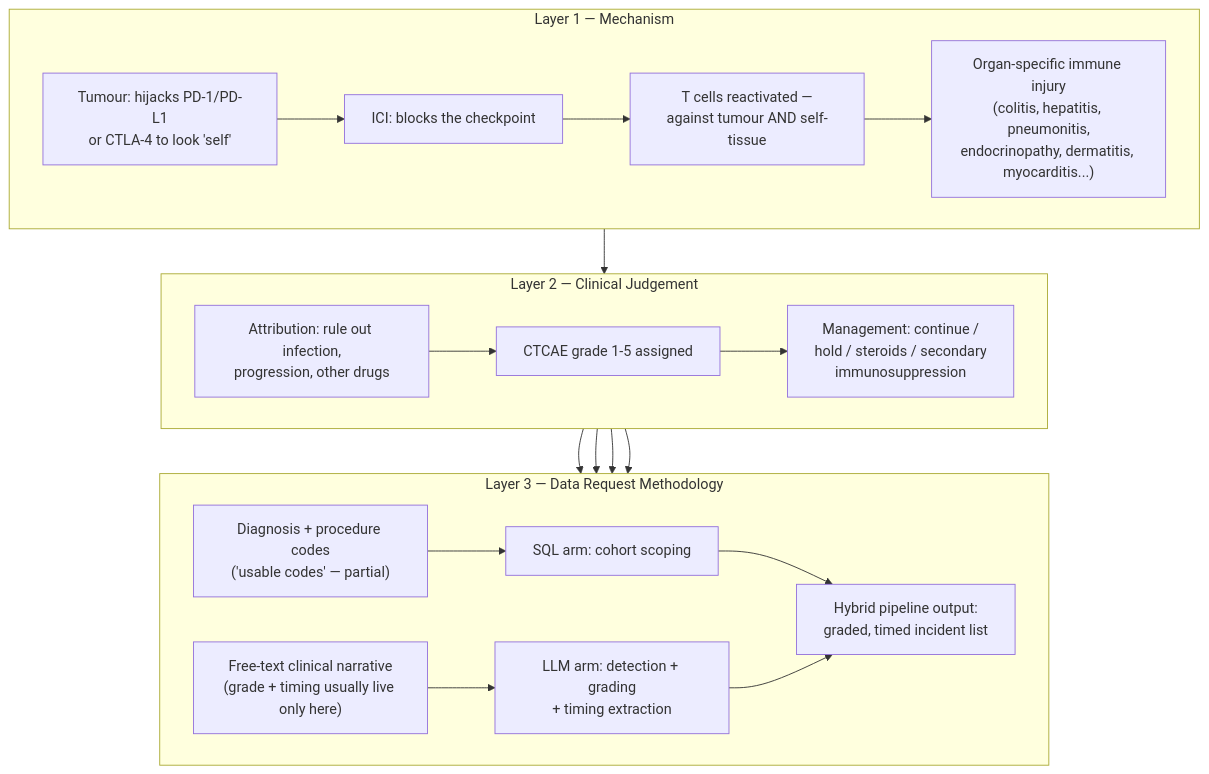
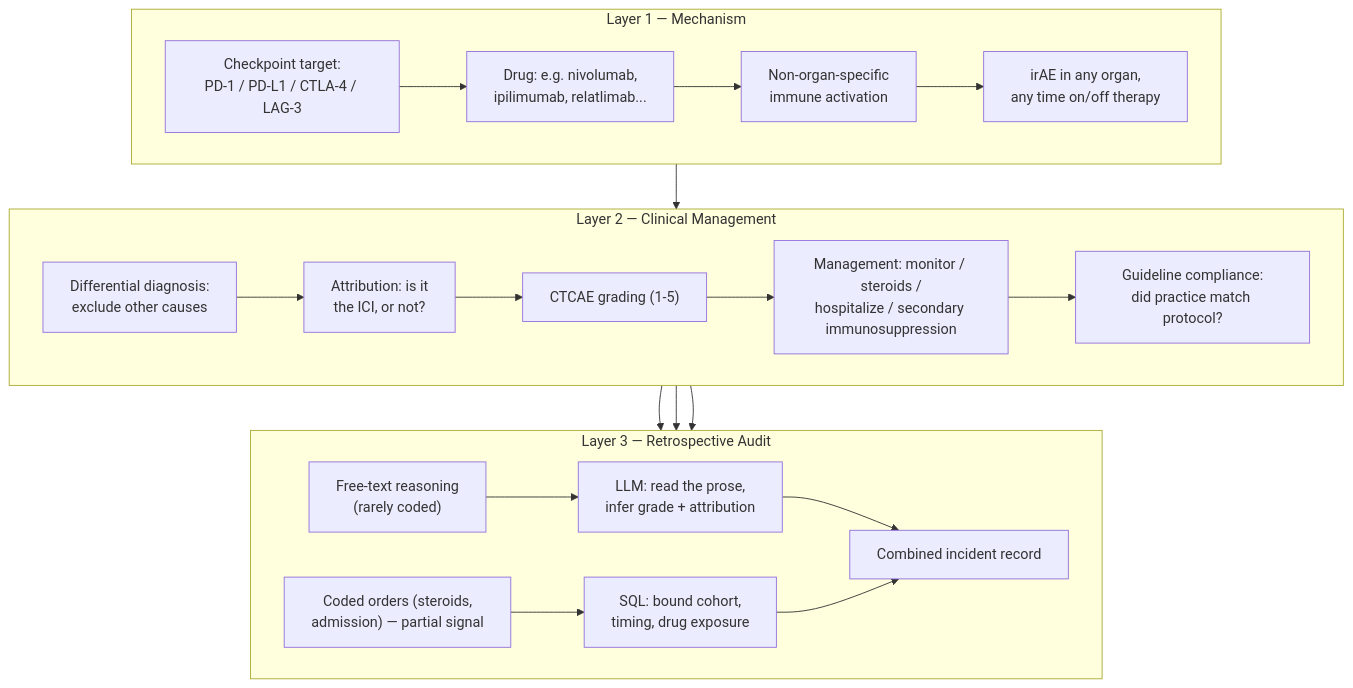
The third of 3 diagrams in Ideas/Requests/Req.22/ici-toxicity-detection-grading-learning-map.md (Xiaotong091105/Notebook), drawn with Mermaid before and after one commit. The commit also changed other lines of this file, not shown here.

First line of the commit message:
Update ICI toxicity detection & grading learning map for Request 22

````diff
--- a/Ideas/Requests/Req.22/ici-toxicity-detection-grading-learning-map.md
+++ b/Ideas/Requests/Req.22/ici-toxicity-detection-grading-learning-map.md
@@ -64,26 +82,27 @@
 ```mermaid
 graph TD
     subgraph L1["Layer 1 — Mechanism"]
         direction LR
-        T1["Tumour: hijacks PD-1/PD-L1<br/>or CTLA-4 to look 'self'"] --> I1["ICI: blocks the checkpoint"]
-        I1 --> R1["T cells reactivated —<br/>against tumour AND self-tissue"]
-        R1 --> O1["Organ-specific immune injury<br/>(colitis, hepatitis, pneumonitis,<br/>endocrinopathy, dermatitis, myocarditis...)"]
+        D1["Checkpoint target:<br/>PD-1 / PD-L1 / CTLA-4 / LAG-3"] --> D2["Drug: e.g. nivolumab,<br/>ipilimumab, relatlimab..."]
+        D2 --> D3["Non-organ-specific<br/>immune activation"]
+        D3 --> D4["irAE in any organ,<br/>any time on/off therapy"]
     end
-    subgraph L2["Layer 2 — Clinical Judgement"]
+    subgraph L2["Layer 2 — Clinical Management"]
         direction LR
-        O1 --> J2["Attribution: rule out infection,<br/>progression, other drugs"]
-        J2 --> G2["CTCAE grade 1-5 assigned"]
-        G2 --> M2["Management: continue /<br/>hold / steroids / secondary<br/>immunosuppression"]
+        D4 --> E1["Differential diagnosis:<br/>exclude other causes"]
+        E1 --> E2["Attribution: is it<br/>the ICI, or not?"]
+        E2 --> E3["CTCAE grading (1-5)"]
+        E3 --> E4["Management: monitor / steroids /<br/>hospitalize / secondary immunosuppression"]
+        E4 --> E5["Guideline compliance:<br/>did practice match protocol?"]
     end
-    subgraph L3["Layer 3 — Data Request Methodology"]
+    subgraph L3["Layer 3 — Retrospective Audit"]
         direction LR
-        G2 --> C3["Diagnosis + procedure codes<br/>('usable codes' — partial)"]
-        M2 --> C3
-        G2 --> F3["Free-text clinical narrative<br/>(grade + timing usually live only here)"]
-        M2 --> F3
-        C3 --> S3["SQL arm: cohort scoping"]
-        F3 --> L4["LLM arm: detection + grading<br/>+ timing extraction"]
-        S3 --> H3["Hybrid pipeline output:<br/>graded, timed incident list"]
-        L4 --> H3
+        E1 --> F1["Free-text reasoning<br/>(rarely coded)"]
+        E3 --> F1
+        E4 --> F2["Coded orders (steroids,<br/>admission) — partial signal"]
+        F1 --> F3["LLM: read the prose,<br/>infer grade + attribution"]
+        F2 --> F4["SQL: bound cohort,<br/>timing, drug exposure"]
+        F3 --> F5["Combined incident record"]
+        F4 --> F5
     end
 ```
````
